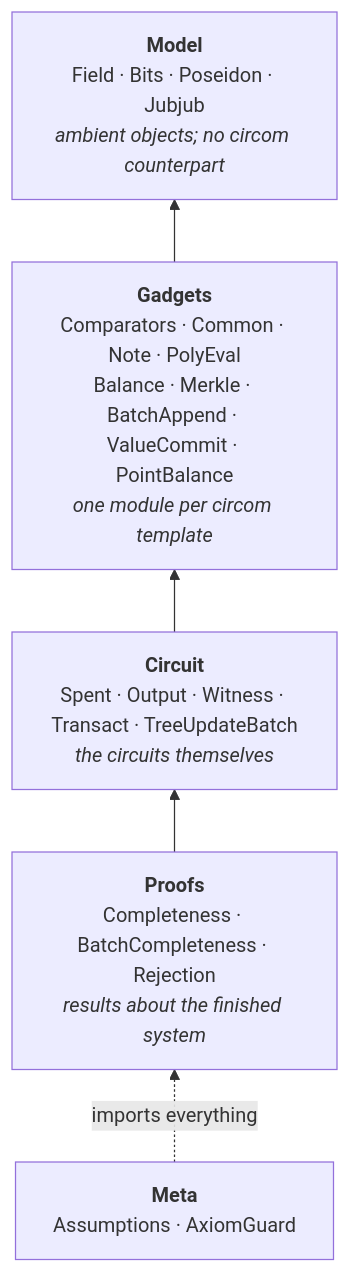
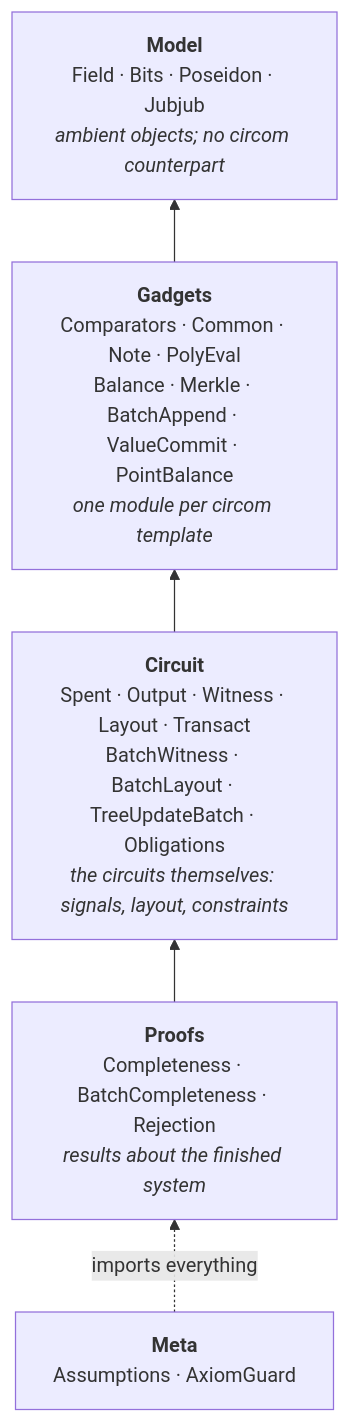
Before and after one commit to lelantos-org/circuits: the third of 3 diagrams in lean/README.md, drawn with Mermaid. The commit also changed other lines of this file and 30 other files, not shown here.

````diff
--- a/lean/README.md
+++ b/lean/README.md
@@ -461,13 +484,13 @@
 ```mermaid
 flowchart BT
     MODEL["<b>Model</b><br/>Field · Bits · Poseidon · Jubjub<br/><i>ambient objects; no circom counterpart</i>"]
     GADGETS["<b>Gadgets</b><br/>Comparators · Common · Note · PolyEval<br/>Balance · Merkle · BatchAppend · ValueCommit · PointBalance<br/><i>one module per circom template</i>"]
-    CIRCUIT["<b>Circuit</b><br/>Spent · Output · Witness · Transact · TreeUpdateBatch<br/><i>the circuits themselves</i>"]
+    CIRCUIT["<b>Circuit</b><br/>Spent · Output · Witness · Layout · Transact<br/>BatchWitness · BatchLayout · TreeUpdateBatch · Obligations<br/><i>the circuits themselves: signals, layout, constraints</i>"]
     PROOFS["<b>Proofs</b><br/>Completeness · BatchCompleteness · Rejection<br/><i>results about the finished system</i>"]
     META["<b>Meta</b><br/>Assumptions · AxiomGuard"]
 
     GADGETS --> MODEL
     CIRCUIT --> GADGETS
     PROOFS --> CIRCUIT
     META -.->|imports everything| PROOFS
 ```
````
